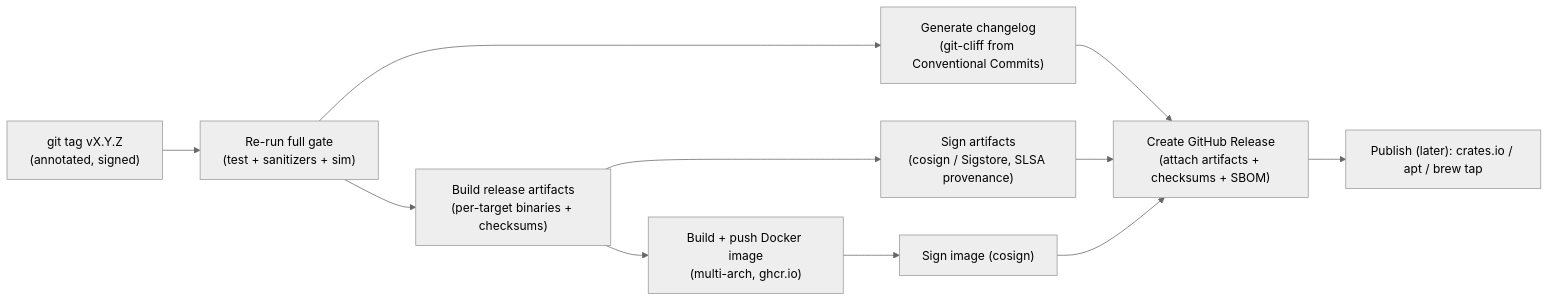
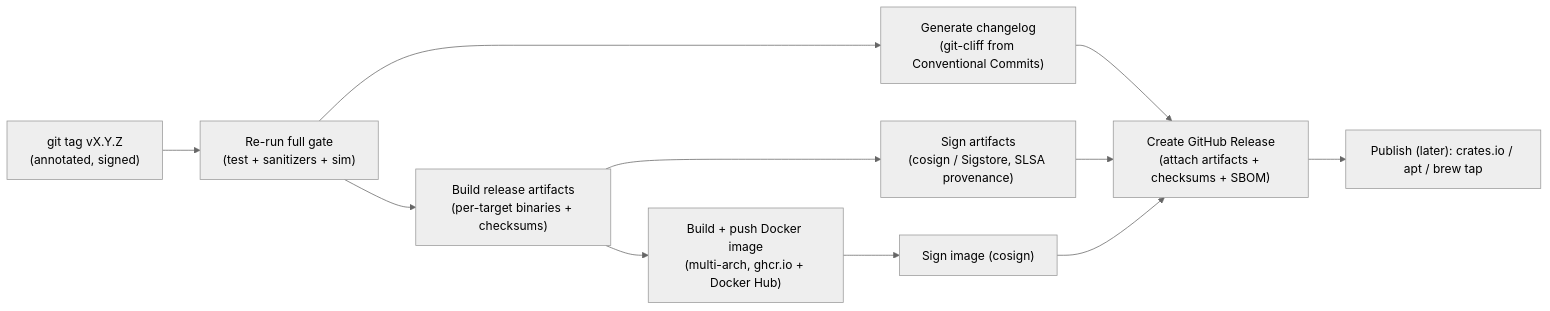
One commit to fricker-studios/stele-db changed the second of 3 diagrams in docs/04-cicd.md. Above: the diagram before and after it, drawn with Mermaid (neutral theme). The commit also changed other lines of this file and 6 other files, not shown here.

First line of the commit message:
feat(ci,docker): publish release images to the Docker Hub mirror (frickerstudios/stele) (#146)

````diff
--- a/docs/04-cicd.md
+++ b/docs/04-cicd.md
@@ -249,13 +249,13 @@
 ```mermaid
 flowchart LR
     tag["git tag vX.Y.Z<br/>(annotated, signed)"] --> verify["Re-run full gate<br/>(test + sanitizers + sim)"]
     verify --> changelog["Generate changelog<br/>(git-cliff from Conventional Commits)"]
     verify --> artifacts["Build release artifacts<br/>(per-target binaries + checksums)"]
     artifacts --> sign["Sign artifacts<br/>(cosign / Sigstore, SLSA provenance)"]
-    artifacts --> docker["Build + push Docker image<br/>(multi-arch, ghcr.io)"]
+    artifacts --> docker["Build + push Docker image<br/>(multi-arch, ghcr.io + Docker Hub)"]
     docker --> signimg["Sign image (cosign)"]
     sign --> ghrel["Create GitHub Release<br/>(attach artifacts + checksums + SBOM)"]
     changelog --> ghrel
     signimg --> ghrel
     ghrel --> publish["Publish (later): crates.io / apt / brew tap"]
 ```
````
